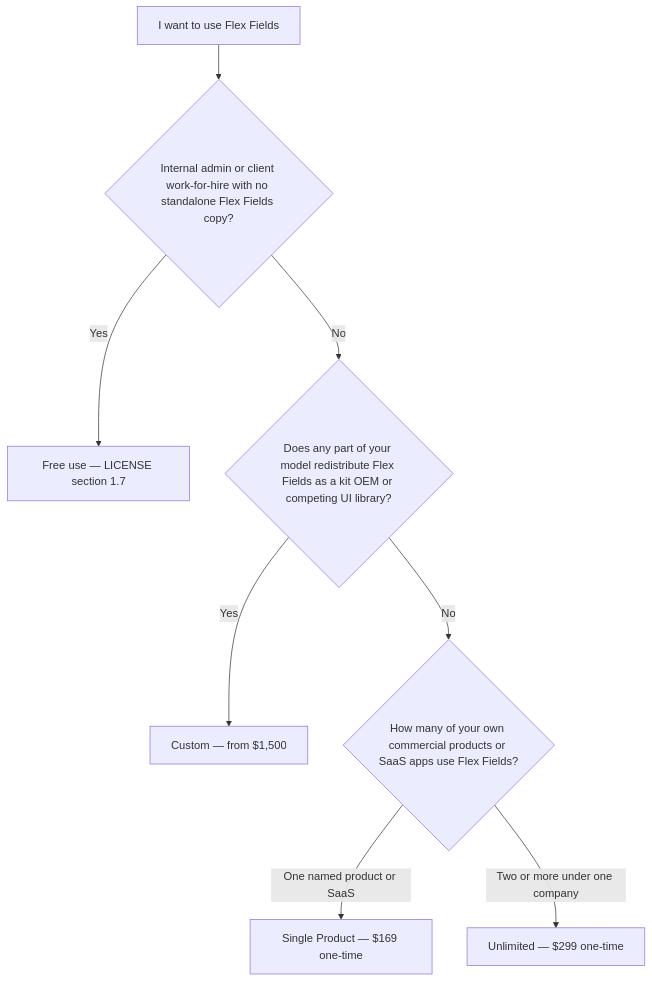
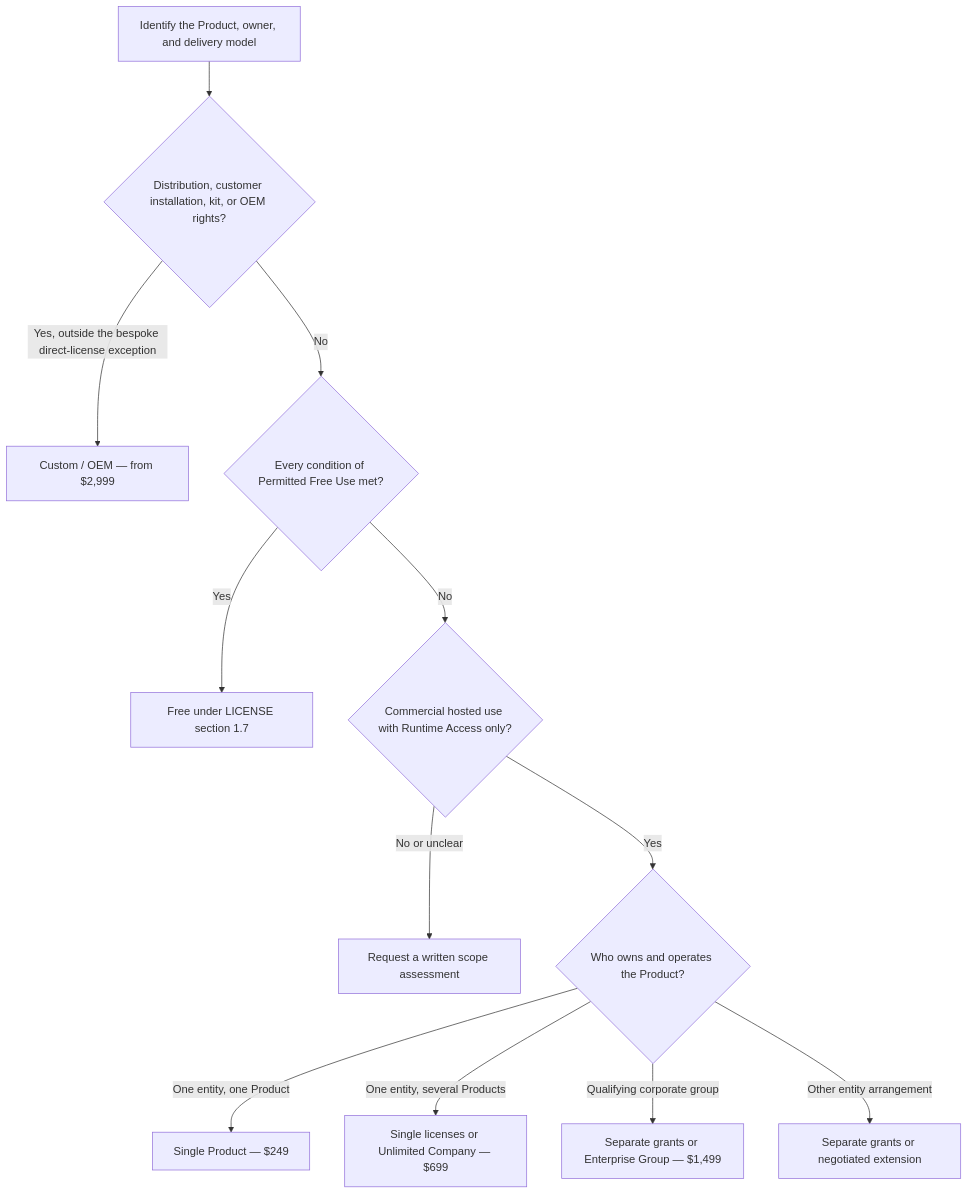
Before and after one commit to janczakb/filament-flex-fields: the diagram in COMMERCIAL.md, drawn with Mermaid. The commit also changed other lines of this file and 3 other files, not shown here.

Commit message:
Update commercial and license terms

````diff
--- a/COMMERCIAL.md
+++ b/COMMERCIAL.md
@@ -30,11 +45,15 @@
 ```mermaid
 flowchart TD
-  start[I want to use Flex Fields]
-  start --> q1{Internal admin or client work-for-hire with no standalone Flex Fields copy?}
-  q1 -->|Yes| free[Free use — LICENSE section 1.7]
-  q1 -->|No| q2{Does any part of your model redistribute Flex Fields as a kit OEM or competing UI library?}
-  q2 -->|Yes| custom["Custom — from $1,500"]
-  q2 -->|No| q3{How many of your own commercial products or SaaS apps use Flex Fields?}
-  q3 -->|One named product or SaaS| single["Single Product — $169 one-time"]
-  q3 -->|Two or more under one company| unlim["Unlimited — $299 one-time"]
+    start[Identify the Product, owner, and delivery model]
+    start --> customq{Distribution, customer installation, kit, or OEM rights?}
+    customq -->|Yes, outside the bespoke direct-license exception| custom["Custom / OEM — from $2,999"]
+    customq -->|No| freeq{Every condition of Permitted Free Use met?}
+    freeq -->|Yes| free[Free under LICENSE section 1.7]
+    freeq -->|No| hostedq{Commercial hosted use with Runtime Access only?}
+    hostedq -->|No or unclear| scope[Request a written scope assessment]
+    hostedq -->|Yes| entityq{Who owns and operates the Product?}
+    entityq -->|One entity, one Product| single["Single Product — $249"]
+    entityq -->|One entity, several Products| company["Single licenses or Unlimited Company — $699"]
+    entityq -->|Qualifying corporate group| group["Separate grants or Enterprise Group — $1,499"]
+    entityq -->|Other entity arrangement| other[Separate grants or negotiated extension]
 ```
````
